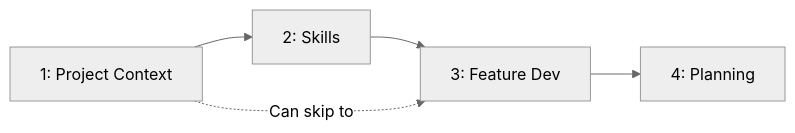
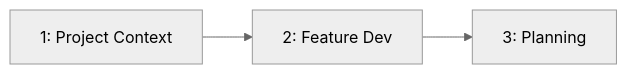
The diagram in content/modules/README.md (SergiuSavva/ai-context-docs-lifecycle), drawn with Mermaid (neutral theme) before and after one commit. The commit also changed other lines of this file and 56 other files, not shown here.

First line of the commit message:
Merge Module 2 (Skills) into Module 1 (Project Context), reduce to 3 modules

````diff
--- a/content/modules/README.md
+++ b/content/modules/README.md
@@ -22,8 +21,5 @@
 ```mermaid
 graph LR
-    M1["1: Project Context"] --> M2["2: Skills"]
-    M2 --> M3["3: Feature Dev"]
-    M3 --> M4["4: Planning"]
-
-    M1 -.->|"Can skip to"| M3
+    M1["1: Project Context"] --> M2["2: Feature Dev"]
+    M2 --> M3["3: Planning"]
 ```
````
